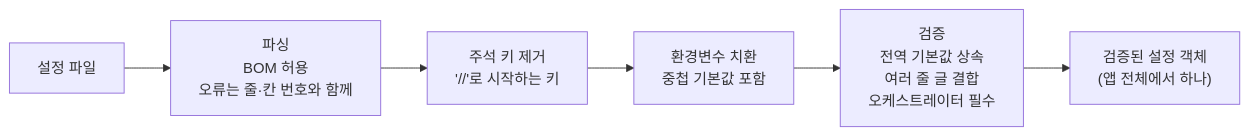
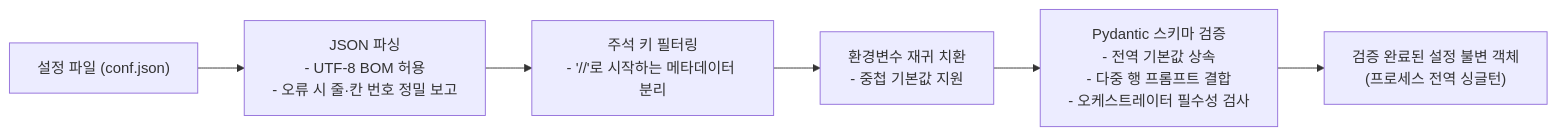
Before and after one commit to HaJaehee/MultiAgentDebateAndOrchestrationPlatform: the first of 2 diagrams in lectures/04-core-techniques/01-configuration.md, drawn with Mermaid. The commit also changed other lines of this file and 39 other files, not shown here.

````diff
--- a/lectures/04-core-techniques/01-configuration.md
+++ b/lectures/04-core-techniques/01-configuration.md
@@ -14,8 +11,8 @@
 ```mermaid
 flowchart LR
-    f["설정 파일"] --> p["파싱<br/>BOM 허용<br/>오류는 줄·칸 번호와 함께"]
-    p --> c["주석 키 제거<br/>'//'로 시작하는 키"]
-    c --> e["환경변수 치환<br/>중첩 기본값 포함"]
-    e --> v["검증<br/>전역 기본값 상속<br/>여러 줄 글 결합<br/>오케스트레이터 필수"]
-    v --> o["검증된 설정 객체<br/>(앱 전체에서 하나)"]
+    f["설정 파일 (conf.json)"] --> p["JSON 파싱<br/>- UTF-8 BOM 허용<br/>- 오류 시 줄·칸 번호 정밀 보고"]
+    p --> c["주석 키 필터링<br/>- '//'로 시작하는 메타데이터 분리"]
+    c --> e["환경변수 재귀 치환<br/>- 중첩 기본값 지원"]
+    e --> v["Pydantic 스키마 검증<br/>- 전역 기본값 상속<br/>- 다중 행 프롬프트 결합<br/>- 오케스트레이터 필수성 검사"]
+    v --> o["검증 완료된 설정 불변 객체<br/>(프로세스 전역 싱글턴)"]
 ```
````
